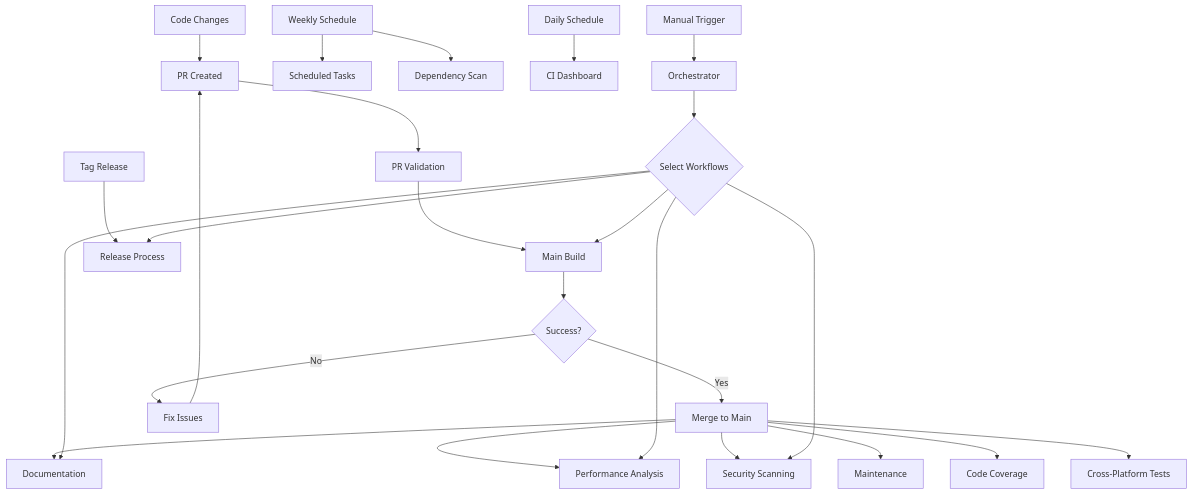
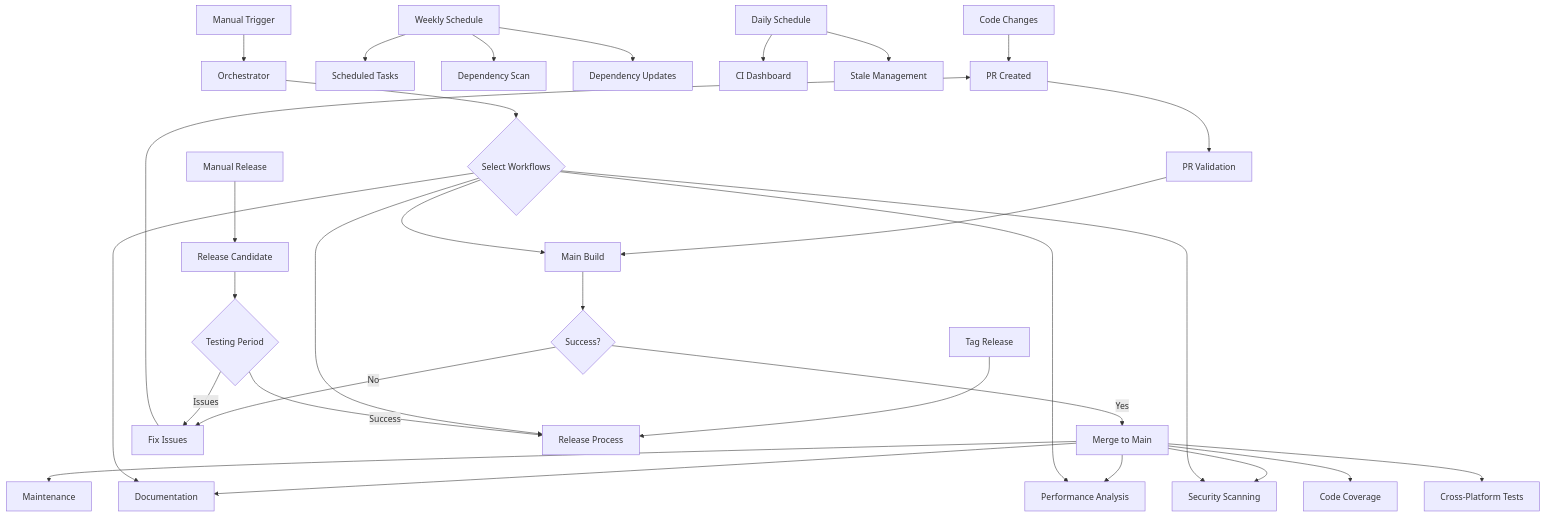
The diagram in .github/workflows/README.md (SZim92/hdr-plus-swift), drawn with Mermaid before and after one commit. The commit also changed other lines of this file and 6 other files, not shown here.

````diff
--- a/.github/workflows/README.md
+++ b/.github/workflows/README.md
@@ -102,27 +147,33 @@
 ```mermaid
 graph TD
     A[Code Changes] --> B[PR Created]
     B --> C[PR Validation]
     C --> D[Main Build]
     D --> E{Success?}
     E -->|Yes| F[Merge to Main]
     E -->|No| G[Fix Issues]
     G --> B
     F --> H[Documentation]
     F --> I[Performance Analysis]
     F --> J[Security Scanning]
     F --> K[Maintenance]
     F --> L[Code Coverage]
     F --> M[Cross-Platform Tests]
     N[Tag Release] --> O[Release Process]
     P[Weekly Schedule] --> Q[Scheduled Tasks]
     P --> R[Dependency Scan]
-    S[Daily Schedule] --> T[CI Dashboard]
-    U[Manual Trigger] --> V[Orchestrator]
-    V --> W{Select Workflows}
-    W --> D
-    W --> J
-    W --> I
-    W --> H
-    W --> O
+    P --> S[Dependency Updates]
+    T[Daily Schedule] --> U[CI Dashboard]
+    T --> V[Stale Management]
+    W[Manual Trigger] --> X[Orchestrator]
+    X --> Y{Select Workflows}
+    Y --> D
+    Y --> J
+    Y --> I
+    Y --> H
+    Y --> O
+    Z[Manual Release] --> AA[Release Candidate]
+    AA --> AB{Testing Period}
+    AB -->|Success| O
+    AB -->|Issues| G
 ``` 
````
